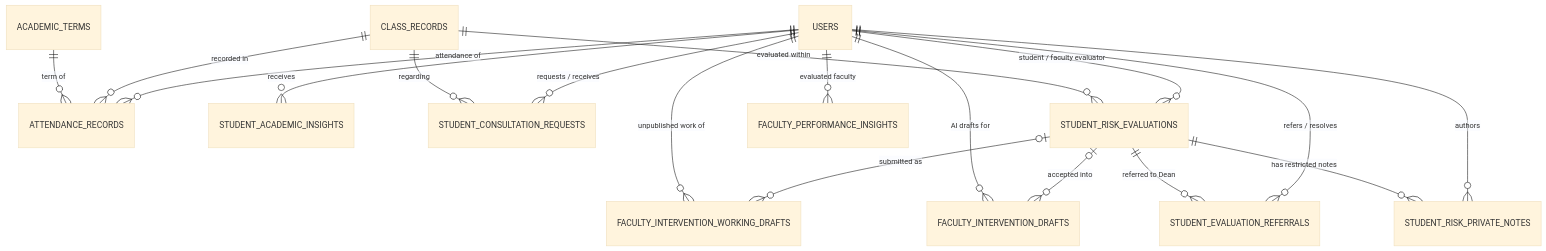
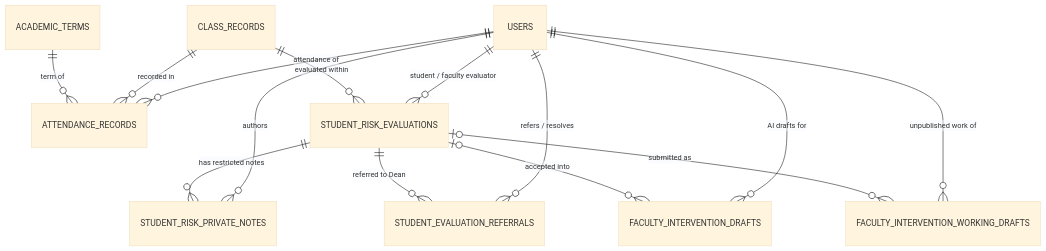
Before and after one commit to kurarensu16/sage: the diagram in docs/02-thesis/figures/Figure-2.16-ERD-Layer4.mmd, drawn with Mermaid (base theme). The commit also changed 268 other files, not shown here.

```diff
--- a/docs/02-thesis/figures/Figure-2.16-ERD-Layer4.mmd
+++ b/docs/02-thesis/figures/Figure-2.16-ERD-Layer4.mmd
@@ -1,20 +1,25 @@
 erDiagram
-%% ===== Figure 2.16 — ERD Layer 4: Risk, Advising & Consultation (updated 2026-10-10) =====
-%% Adds STUDENT_EVALUATION_REFERRALS, FACULTY_INTERVENTION_DRAFTS, FACULTY_INTERVENTION_WORKING_DRAFTS.
+%% ===== Figure 2.16 — ERD Layer 4a: Risk, Intervention & Referral (updated 2026-10-30) =====
+%% ---
+%% SPLIT NOTE. This layer used to hold risk, intervention AND consultation. Phase 7 added six
+%% advising tables and Phase 6 added the grade-consultation pair, and mermaid lays an erDiagram
+%% out as a single row of parent entities -- so the combined layer rendered 5968x916, which is
+%% 0.90 inches tall at page width. Unreadable in print.
+%% It is therefore split in two: 4a here (risk and intervention) and 4b (AI advising and grade
+%% consultation) in Figure-2.16b-ERD-Layer4b.mmd. Splitting halves the entity count per row and
+%% roughly doubles the printed height of each.
+%% ---
+%% FACULTY_PERFORMANCE_INSIGHTS was dropped 2026-10-14 (20261014150000) and is removed.
     ACADEMIC_TERMS ||--o{ ATTENDANCE_RECORDS : "term of"
     CLASS_RECORDS ||--o{ ATTENDANCE_RECORDS : "recorded in"
     USERS ||--o{ ATTENDANCE_RECORDS : "attendance of"
-    USERS ||--o{ STUDENT_ACADEMIC_INSIGHTS : "receives"
-    CLASS_RECORDS ||--o{ STUDENT_CONSULTATION_REQUESTS : "regarding"
-    USERS ||--o{ STUDENT_CONSULTATION_REQUESTS : "requests / receives"
     CLASS_RECORDS ||--o{ STUDENT_RISK_EVALUATIONS : "evaluated within"
     USERS ||--o{ STUDENT_RISK_EVALUATIONS : "student / faculty evaluator"
     STUDENT_RISK_EVALUATIONS ||--o{ STUDENT_RISK_PRIVATE_NOTES : "has restricted notes"
     USERS ||--o{ STUDENT_RISK_PRIVATE_NOTES : "authors"
     STUDENT_RISK_EVALUATIONS ||--o{ STUDENT_EVALUATION_REFERRALS : "referred to Dean"
     USERS ||--o{ STUDENT_EVALUATION_REFERRALS : "refers / resolves"
+    STUDENT_RISK_EVALUATIONS |o--o{ FACULTY_INTERVENTION_DRAFTS : "accepted into"
     USERS ||--o{ FACULTY_INTERVENTION_DRAFTS : "AI drafts for"
-    STUDENT_RISK_EVALUATIONS |o--o{ FACULTY_INTERVENTION_DRAFTS : "accepted into"
+    STUDENT_RISK_EVALUATIONS |o--o{ FACULTY_INTERVENTION_WORKING_DRAFTS : "submitted as"
     USERS ||--o{ FACULTY_INTERVENTION_WORKING_DRAFTS : "unpublished work of"
-    STUDENT_RISK_EVALUATIONS |o--o{ FACULTY_INTERVENTION_WORKING_DRAFTS : "submitted as"
-    USERS ||--o{ FACULTY_PERFORMANCE_INSIGHTS : "evaluated faculty"
```
